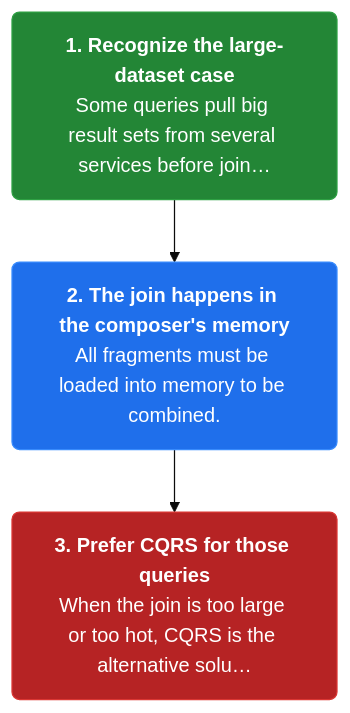
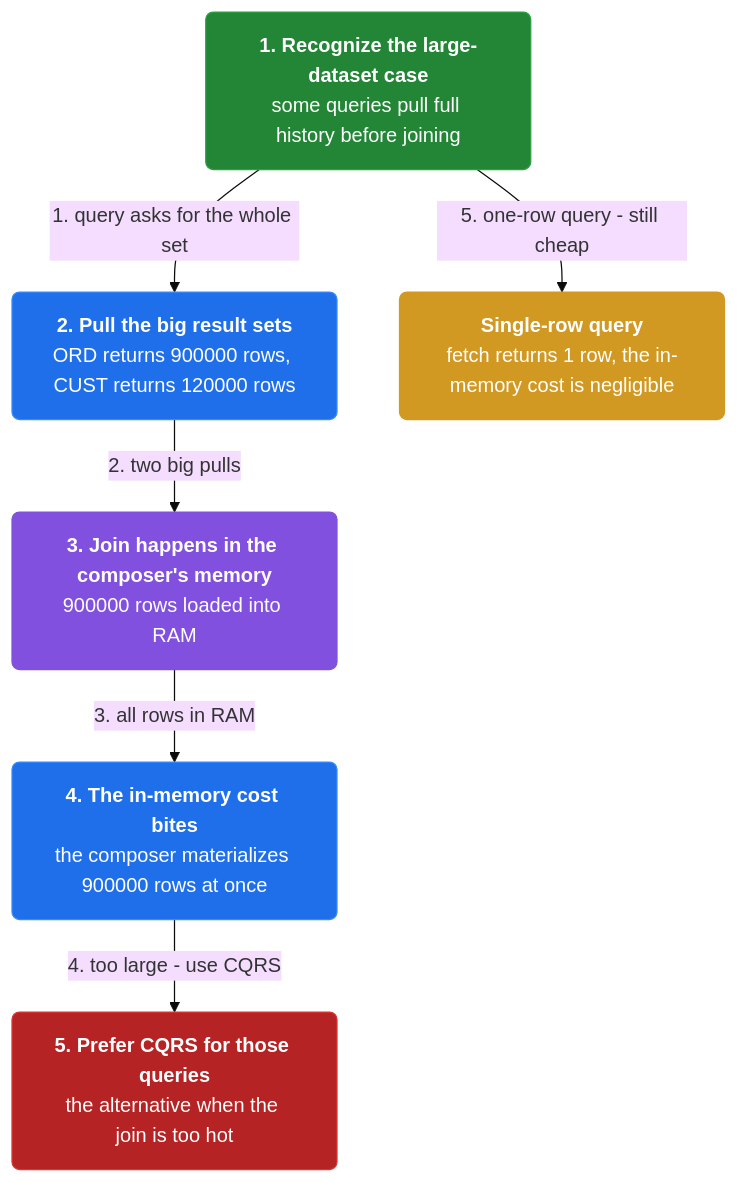
The fourth of 4 diagrams in docs/ch21-api-composition.md (vinayakuber/microservices-io-study-guide), drawn with Mermaid (base theme) before and after one commit. The commit also changed other lines of this file and 46 other files, not shown here.

First line of the commit message:
Author rich branching flow diagrams for all 44 chapters

````diff
--- a/docs/ch21-api-composition.md
+++ b/docs/ch21-api-composition.md
@@ -129,11 +155,19 @@
 ```mermaid
 flowchart TD
-  classDef step fill:#1f6feb,color:#ffffff,stroke:#388bfd,stroke-width:1px,rx:6
+  classDef step fill:#1f6feb,color:#ffffff,stroke:#388bfd,rx:6
+  classDef core fill:#8250df,color:#ffffff,stroke:#8250df,rx:6
+  classDef warn fill:#d29922,color:#ffffff,stroke:#d29922,rx:6
   classDef start fill:#238636,color:#ffffff,stroke:#2ea043,rx:6
   classDef stop fill:#b62324,color:#ffffff,stroke:#da3633,rx:6
-  s3n0["<b>1. Recognize the large-dataset case</b><br/>Some queries pull big result sets from several services before join…"]:::start
-  s3n1["<b>2. The join happens in the composer's memory</b><br/>All fragments must be loaded into memory to be combined."]:::step
-  s3n2["<b>3. Prefer CQRS for those queries</b><br/>When the join is too large or too hot, CQRS is the alternative solu…"]:::stop
-  s3n0 --> s3n1
-  s3n1 --> s3n2
+  n0["<b>1. Recognize the large-dataset case</b><br/>some queries pull full history before joining"]:::start
+  n1["<b>2. Pull the big result sets</b><br/>ORD returns 900000 rows, CUST returns 120000 rows"]:::step
+  n2["<b>3. Join happens in the composer's memory</b><br/>900000 rows loaded into RAM"]:::core
+  n3["<b>4. The in-memory cost bites</b><br/>the composer materializes 900000 rows at once"]:::step
+  n4["<b>5. Prefer CQRS for those queries</b><br/>the alternative when the join is too hot"]:::stop
+  n5["<b>Single-row query</b><br/>fetch returns 1 row, the in-memory cost is negligible"]:::warn
+  n0 -->|"1. query asks for the whole set"| n1
+  n1 -->|"2. two big pulls"| n2
+  n2 -->|"3. all rows in RAM"| n3
+  n3 -->|"4. too large - use CQRS"| n4
+  n0 -->|"5. one-row query - still cheap"| n5
 ```
````
